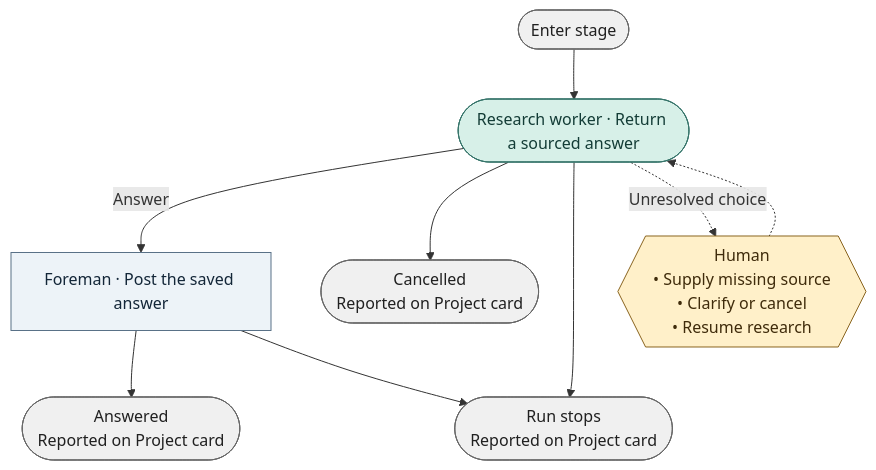
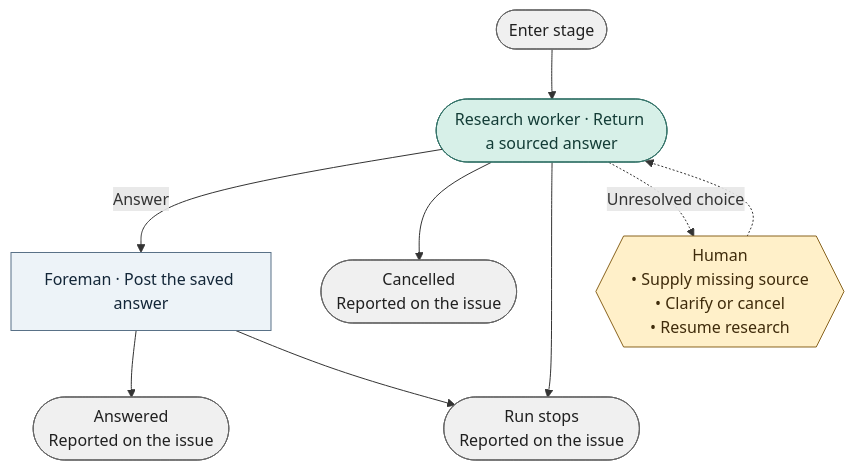
The diagram in docs/graph/blueprint/views/stages/research.mmd (bookout-labs/tools), drawn with Mermaid before and after one commit. The commit also changed 30 other files, not shown here.

```diff
--- a/docs/graph/blueprint/views/stages/research.mmd
+++ b/docs/graph/blueprint/views/stages/research.mmd
@@ -1,21 +1,21 @@
 flowchart TD
     n0(["Enter stage"]):::terminal
     n1(["Research worker · Return a sourced answer"]):::worker
     n2["Foreman · Post the saved answer"]:::step
-    n3(["Cancelled<br/>Reported on Project card"]):::terminal
-    n4(["Run stops<br/>Reported on Project card"]):::terminal
-    n5(["Answered<br/>Reported on Project card"]):::terminal
+    n3(["Cancelled<br/>Reported on the issue"]):::terminal
+    n4(["Run stops<br/>Reported on the issue"]):::terminal
+    n5(["Answered<br/>Reported on the issue"]):::terminal
     n6{{"Human<br/>• Supply missing source<br/>• Clarify or cancel<br/>• Resume research"}}:::gate
     n0 --> n1
     n1 -->|"Answer"| n2
     n1 --> n3
     n1 --> n4
     n2 --> n5
     n2 --> n4
     n1 -.->|"Unresolved choice"| n6
     n6 -.-> n1
     classDef stage fill:#dcebf8,stroke:#315675,color:#10283b
     classDef step fill:#edf3f8,stroke:#597187,color:#132638
     classDef worker fill:#d7f0e8,stroke:#357369,color:#133c36
     classDef gate fill:#fff0c9,stroke:#89641f,color:#3f2b0b
     classDef terminal fill:#f0f0f0,stroke:#666666,color:#202020
```
